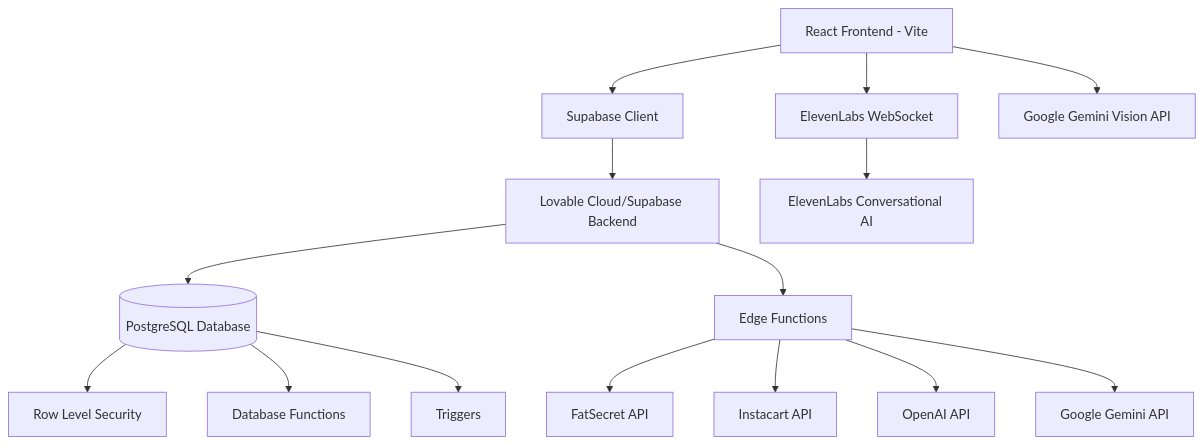
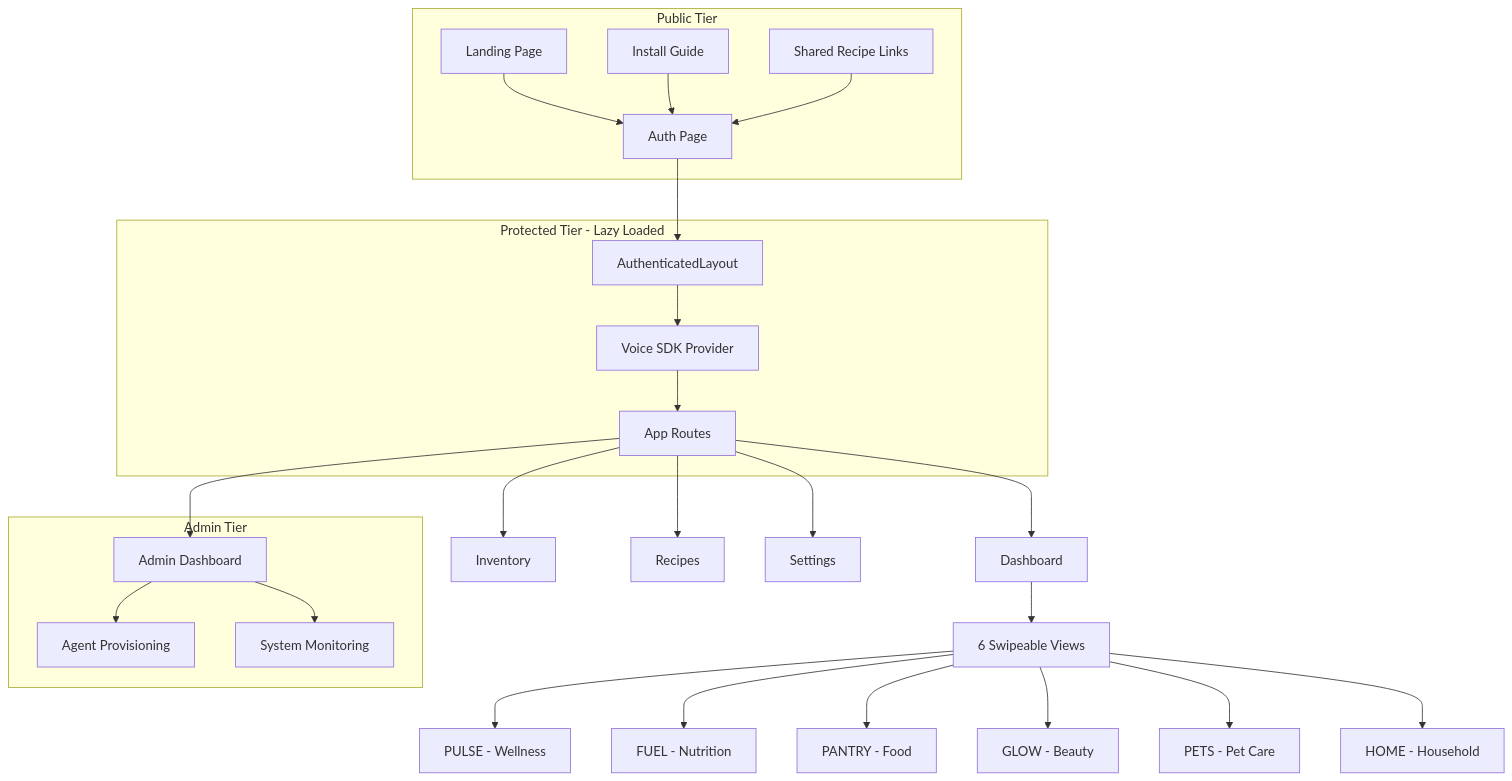
The first of 14 diagrams in MASTER_DOCS.md (Viraj-FG/Techcentral), drawn with Mermaid before and after one commit. The commit also changed other lines of this file, not shown here.

````diff
--- a/MASTER_DOCS.md
+++ b/MASTER_DOCS.md
@@ -55,22 +65,33 @@
 ```mermaid
 graph TD
-    A[React Frontend - Vite] --> B[Supabase Client]
-    B --> C[Lovable Cloud/Supabase Backend]
+    subgraph "Public Tier"
+        A[Landing Page] --> B[Auth Page]
+        C[Install Guide] --> B
+        D[Shared Recipe Links] --> B
+    end
     
-    A --> D[ElevenLabs WebSocket]
-    D --> E[ElevenLabs Conversational AI]
+    subgraph "Protected Tier - Lazy Loaded"
+        B --> E[AuthenticatedLayout]
+        E --> F[Voice SDK Provider]
+        F --> G[App Routes]
+    end
     
-    A --> F[Google Gemini Vision API]
+    subgraph "Admin Tier"
+        G --> H[Admin Dashboard]
+        H --> I[Agent Provisioning]
+        H --> J[System Monitoring]
+    end
     
-    C --> G[(PostgreSQL Database)]
-    C --> H[Edge Functions]
+    G --> K[Dashboard]
+    G --> L[Inventory]
+    G --> M[Recipes]
+    G --> N[Settings]
     
-    H --> I[FatSecret API]
-    H --> J[Instacart API]
-    H --> K[OpenAI API]
-    H --> L[Google Gemini API]
-    
-    G --> M[Row Level Security]
-    G --> N[Database Functions]
-    G --> O[Triggers]
+    K --> O[6 Swipeable Views]
+    O --> P[PULSE - Wellness]
+    O --> Q[FUEL - Nutrition]
+    O --> R[PANTRY - Food]
+    O --> S[GLOW - Beauty]
+    O --> T[PETS - Pet Care]
+    O --> U[HOME - Household]
 ```
````
